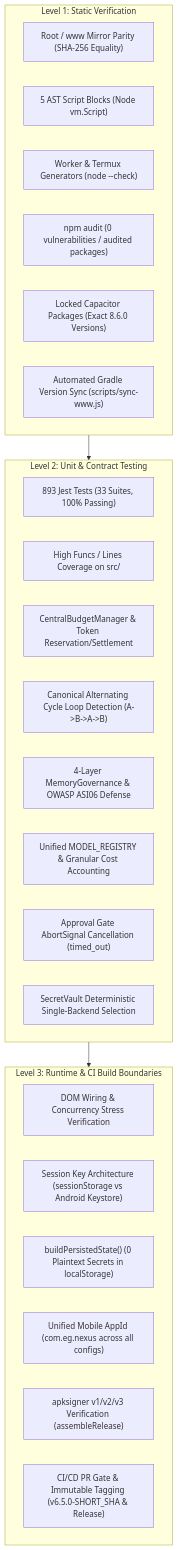
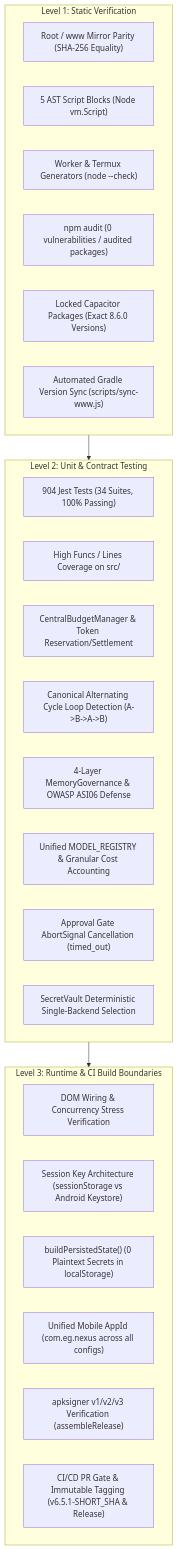
Before and after one commit to dicardotr46-max/EG-Nexus-OS: the first of 2 diagrams in AUDIT_REPORT.md, drawn with Mermaid. The commit also changed other lines of this file and 22 other files, not shown here.

````diff
--- a/AUDIT_REPORT.md
+++ b/AUDIT_REPORT.md
@@ -31,34 +31,34 @@
 ```mermaid
 flowchart TD
     subgraph LEVEL_1["Level 1: Static Verification"]
         PARITY["Root / www Mirror Parity (SHA-256 Equality)"]
         AST["5 AST Script Blocks (Node vm.Script)"]
         TMPL["Worker & Termux Generators (node --check)"]
         NPM["npm audit (0 vulnerabilities / audited packages)"]
         PINS["Locked Capacitor Packages (Exact 8.6.0 Versions)"]
         GRADLE_SYNC["Automated Gradle Version Sync (scripts/sync-www.js)"]
     end
 
     subgraph LEVEL_2["Level 2: Unit & Contract Testing"]
-        JEST["893 Jest Tests (33 Suites, 100% Passing)"]
+        JEST["904 Jest Tests (34 Suites, 100% Passing)"]
         COV["High Funcs / Lines Coverage on src/"]
         TOKEN_BUDGET["CentralBudgetManager & Token Reservation/Settlement"]
         LOOP_DET["Canonical Alternating Cycle Loop Detection (A->B->A->B)"]
         MEM_GOV["4-Layer MemoryGovernance & OWASP ASI06 Defense"]
         MODEL_REG["Unified MODEL_REGISTRY & Granular Cost Accounting"]
         TIMEOUT_ABORT["Approval Gate AbortSignal Cancellation (timed_out)"]
         VAULT_UNIF["SecretVault Deterministic Single-Backend Selection"]
     end
 
     subgraph LEVEL_3["Level 3: Runtime & CI Build Boundaries"]
         DOM_WIRING["DOM Wiring & Concurrency Stress Verification"]
         SESSION["Session Key Architecture (sessionStorage vs Android Keystore)"]
         STRIP["buildPersistedState() (0 Plaintext Secrets in localStorage)"]
         APPID_PARITY["Unified Mobile AppId (com.eg.nexus across all configs)"]
         SIGN["apksigner v1/v2/v3 Verification (assembleRelease)"]
-        GATE["CI/CD PR Gate & Immutable Tagging (v6.5.0-SHORT_SHA & Release)"]
+        GATE["CI/CD PR Gate & Immutable Tagging (v6.5.1-SHORT_SHA & Release)"]
     end
 
     LEVEL_1 --> LEVEL_2
     LEVEL_2 --> LEVEL_3
 ```
````
